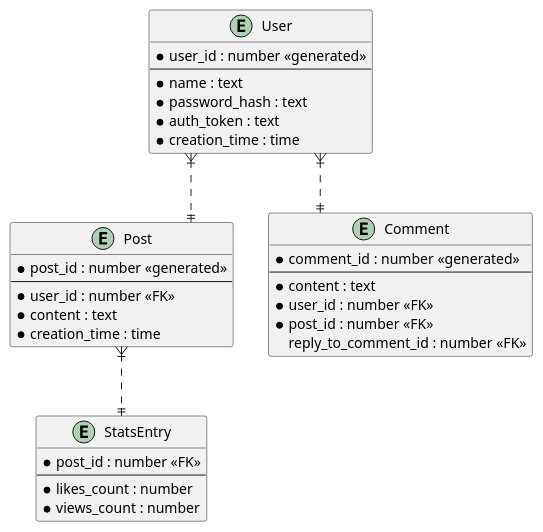
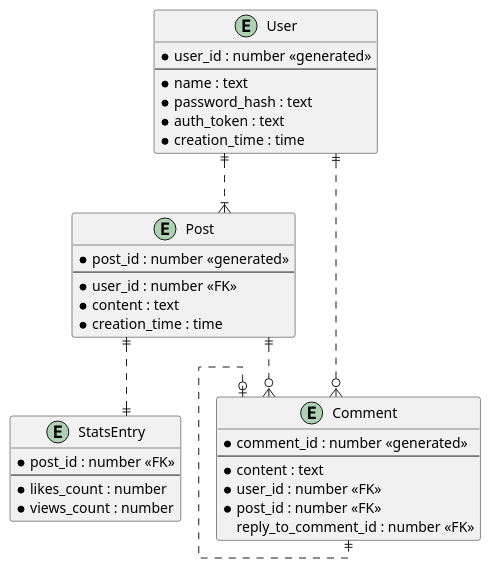
The diagram in doc/er-diagram.puml (Petr1Furious/soa), drawn with PlantUML before and after one commit.

```diff
--- a/doc/er-diagram.puml
+++ b/doc/er-diagram.puml
@@ -1,48 +1,50 @@
 @startuml
 
 ' hide the spot
 ' hide circle
 
 ' avoid problems with angled crows feet
 skinparam linetype ortho
 
 entity "User" as e01 {
   *user_id : number <<generated>>
   --
   *name : text
   *password_hash : text
   *auth_token : text
   *creation_time : time
 }
 
 entity "Post" as e02 {
   *post_id : number <<generated>>
   --
   *user_id : number <<FK>>
   *content : text
   *creation_time : time
 }
 
 entity "StatsEntry" as e03 {
   *post_id : number <<FK>>
   --
   *likes_count : number
   *views_count : number
 }
 
 entity "Comment" as e04 {
   *comment_id : number <<generated>>
   --
   *content : text
   *user_id : number <<FK>>
   *post_id : number <<FK>>
   reply_to_comment_id : number <<FK>>
 }
 
 
-e01 }|..|| e02
-e02 }|..|| e03
-e01 }|..|| e04
+e01 ||..|{ e02
+e02 ||..|| e03
+e01 ||..o{ e04
+e02 ||..o{ e04
+e04 |o..|| e04
 
 
 @enduml
```
